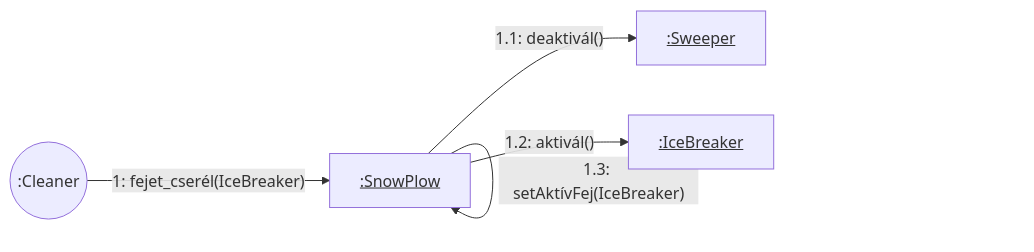
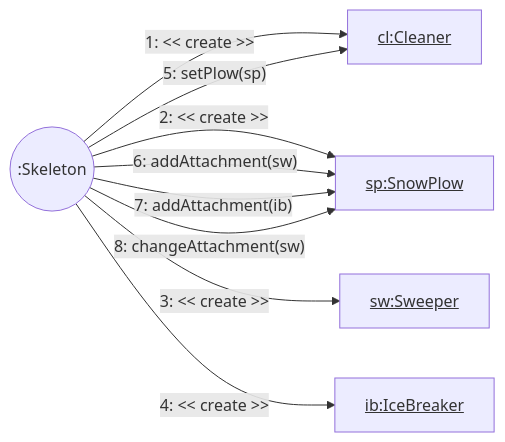
The diagram in docs/05/kommunikacios_diagrammok/10_fejcsere.md (toth-andor/UneNotteANapoli), drawn with Mermaid before and after one commit.

````diff
--- a/docs/05/kommunikacios_diagrammok/10_fejcsere.md
+++ b/docs/05/kommunikacios_diagrammok/10_fejcsere.md
@@ -1,12 +1,18 @@
 ```mermaid
 graph LR
-    C((:Cleaner))
-    SP[<u>:SnowPlow</u>]
-    SW[<u>:Sweeper</u>]
-    IB[<u>:IceBreaker</u>]
+    SK((:Skeleton))
+    CL[<u>cl:Cleaner</u>]
+    SP[<u>sp:SnowPlow</u>]
+    SW[<u>sw:Sweeper</u>]
+    IB[<u>ib:IceBreaker</u>]
 
-    C -- "1: fejet_cserél(IceBreaker)" --> SP
-    SP -- "1.1: deaktivál()" --> SW
-    SP -- "1.2: aktivál()" --> IB
-    SP -- "1.3: setAktívFej(IceBreaker)" --> SP
+    SK -- "1: << create >>" --> CL
+    SK -- "2: << create >>" --> SP
+    SK -- "3: << create >>" --> SW
+    SK -- "4: << create >>" --> IB
+
+    SK -- "5: setPlow(sp)" --> CL
+    SK -- "6: addAttachment(sw)" --> SP
+    SK -- "7: addAttachment(ib)" --> SP
+    SK -- "8: changeAttachment(sw)" --> SP
 ```
````
